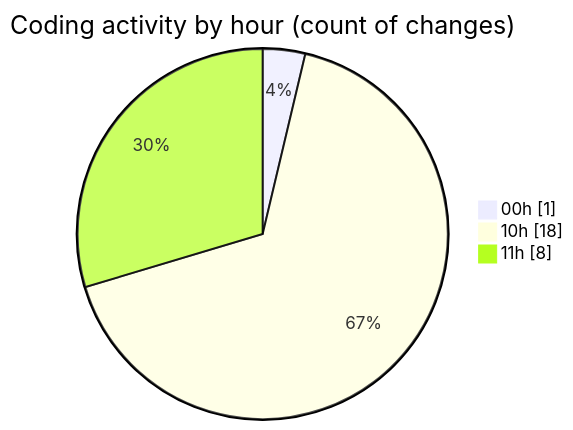
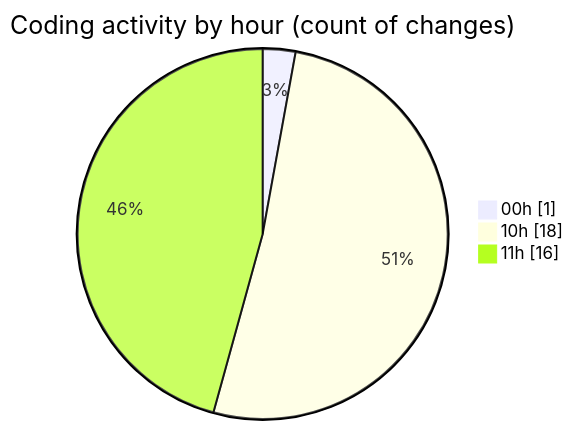
The second of 2 diagrams in 2025-07-08/urlwebwala_intership_work/README.md (Ritupan-Deka/code-tracking), drawn with Mermaid before and after one commit. The commit also changed other lines of this file and 1 other file, not shown here.

````diff
--- a/2025-07-08/urlwebwala_intership_work/README.md
+++ b/2025-07-08/urlwebwala_intership_work/README.md
@@ -30,7 +30,7 @@
 ```mermaid
 pie showData
 title Coding activity by hour (count of changes)
 "00h" : 1
 "10h" : 18
-"11h" : 8
+"11h" : 16
 ```
````
